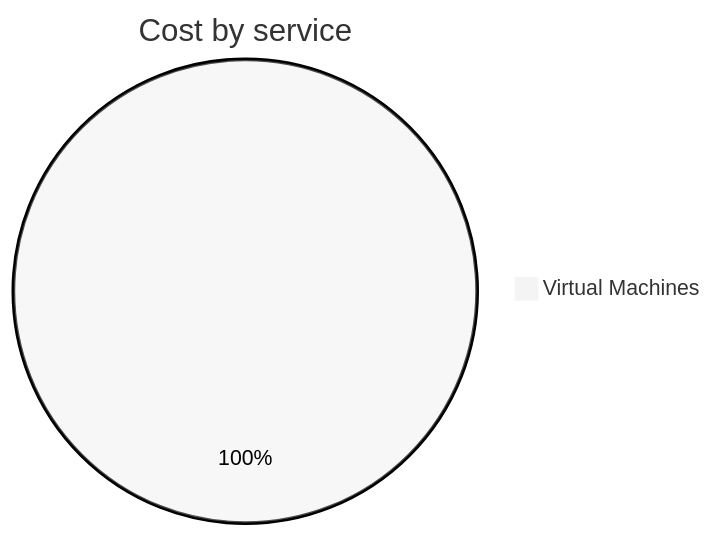
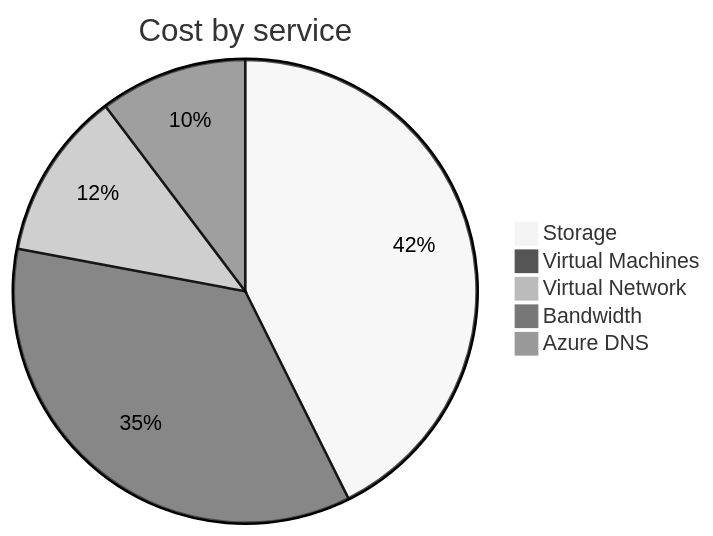
The second of 4 diagrams in cost-reports/personal-network/README.md (jpfulton/azure-personal-reports), drawn with Mermaid (neutral theme) before and after one commit. The commit also changed other lines of this file and 8 other files, not shown here.

````diff
--- a/cost-reports/personal-network/README.md
+++ b/cost-reports/personal-network/README.md
@@ -93,5 +97,9 @@
 ```mermaid
 pie
    title Cost by service
-   "Virtual Machines" : 0.09
+   "Storage" : 0.58
+   "Virtual Machines" : 0.48
+   "Virtual Network" : 0.16
+   "Bandwidth" : 0.14
+   "Azure DNS" : 0.01
 ```
````
